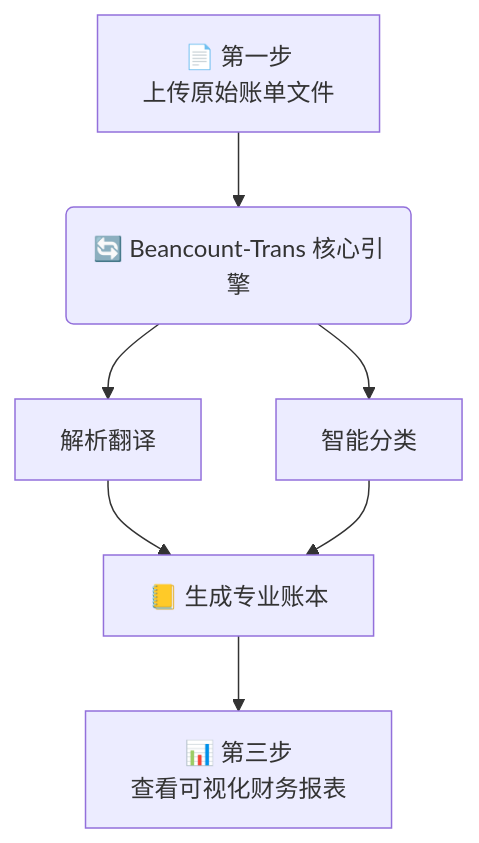
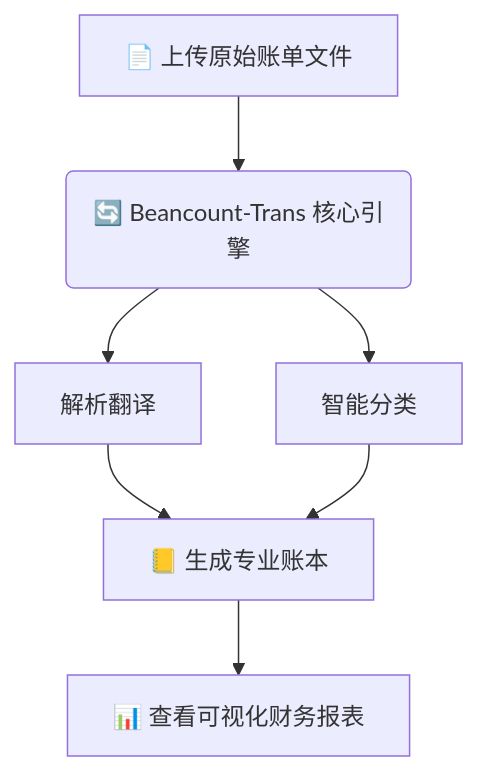
One commit to dhr2333/Beancount-Trans-Docs changed the diagram in docs/02-用户指南/01-核心概念.md. Above: the diagram before and after it, drawn with Mermaid. The commit also changed other lines of this file and 10 other files, not shown here.

````diff
--- a/docs/02-用户指南/01-核心概念.md
+++ b/docs/02-用户指南/01-核心概念.md
@@ -33,9 +30,9 @@
 ```mermaid
 flowchart TD
-A[📄 第一步<br>上传原始账单文件] --> B(🔄 Beancount-Trans 核心引擎)
+A[📄 上传原始账单文件] --> B(🔄 Beancount-Trans 核心引擎)
 B --> C[解析翻译]
 B --> D[智能分类]
 C --> E[📒 生成专业账本]
 D --> E
-E --> F[📊 第三步<br>查看可视化财务报表]
+E --> F[📊 查看可视化财务报表]
 ```
````
